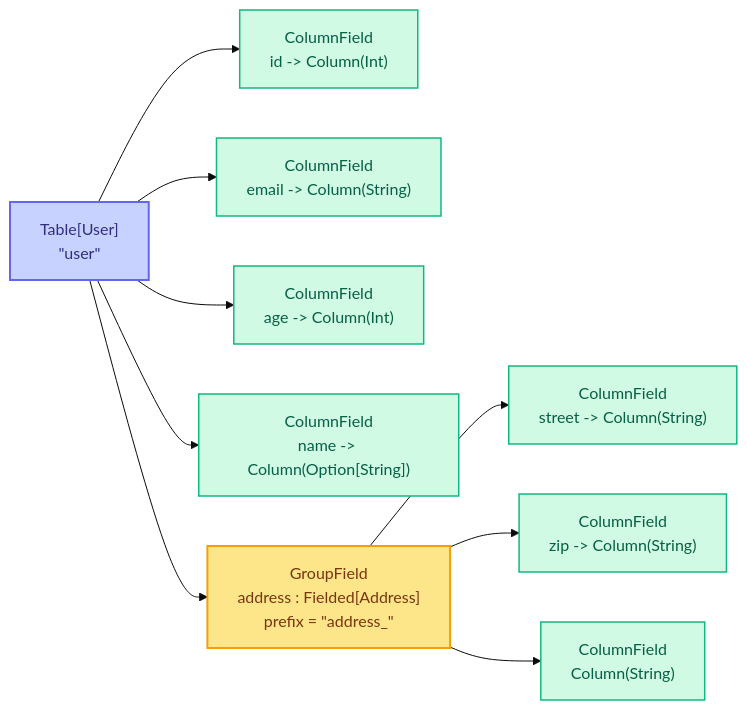
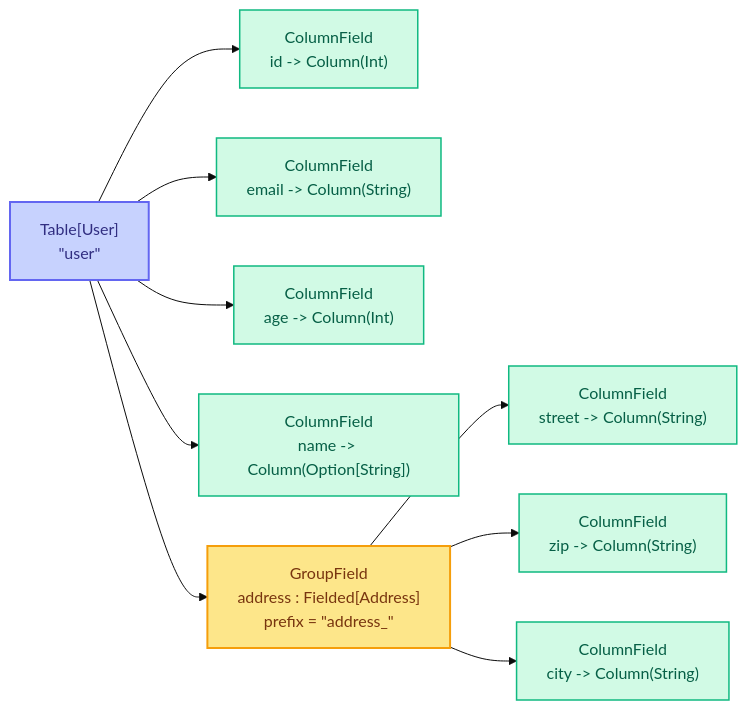
One commit to nob13/scalar_named_tuple changed the diagram in presentation/4_application.md. Above: the diagram before and after it, drawn with Mermaid (base theme). The commit also changed 1 other file, not shown here.

Commit message:
Simplifications

````diff
--- a/presentation/4_application.md
+++ b/presentation/4_application.md
@@ -24,31 +24,31 @@
 ```mermaid
 flowchart LR
     user["Table[User] <br/>&quot;user&quot;"]
 
     id["ColumnField<br/>id -> Column(Int)"]
     email["ColumnField<br/>email -> Column(String)"]
     age["ColumnField<br/>age -> Column(Int)"]
     name["ColumnField<br/>name -> Column(Option[String])"]
     address["GroupField<br/>address : Fielded[Address]<br/>prefix = &quot;address_&quot;"]
 
     street["ColumnField<br/>street -> Column(String)"]
     zip["ColumnField<br/>zip -> Column(String)"]
-    city["ColumnField<br/city -> Column(String)"]
+    city["ColumnField<br/>city -> Column(String)"]
 
     user --> id
     user --> email
     user --> age
     user --> name
     user --> address
     address --> street
     address --> zip
     address --> city
 
     classDef root fill:#c7d2fe,stroke:#6366f1,color:#312e81,stroke-width:2px;
     classDef group fill:#fde68a,stroke:#f59e0b,color:#78350f,stroke-width:2px;
     classDef column fill:#d1fae5,stroke:#10b981,color:#065f46,stroke-width:1.5px;
 
     class user root;
     class address group;
     class id,email,age,name,street,zip,city column;
 ```
````
